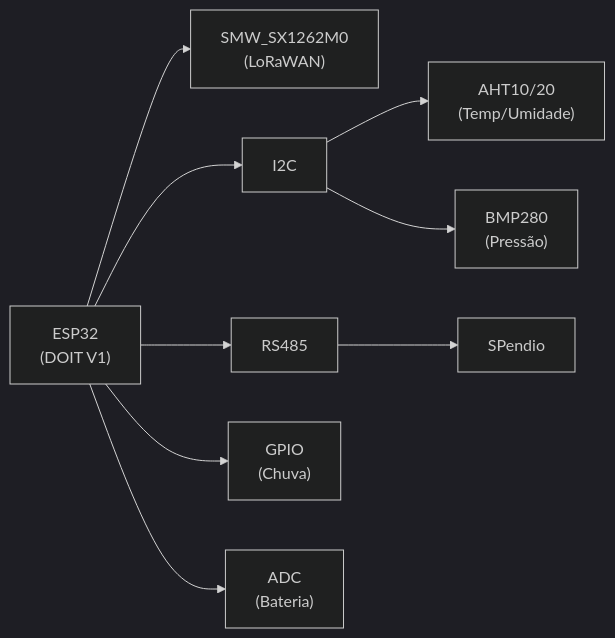
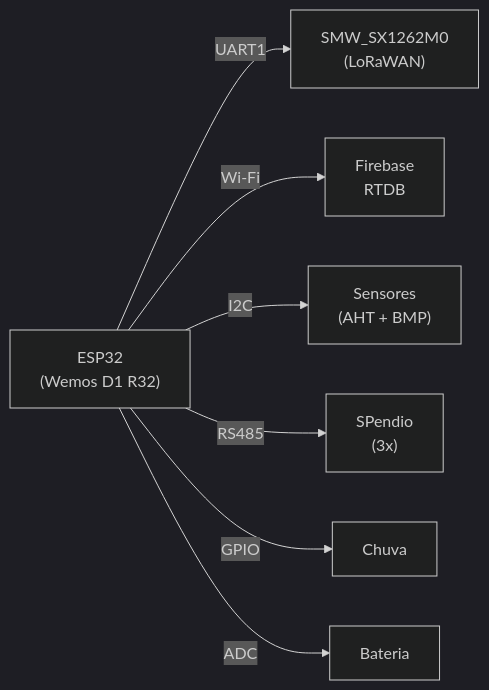
Before and after one commit to GeoVista-Hardware/PendioServidor: the diagram in README.md, drawn with Mermaid (dark theme). The commit also changed other lines of this file and 6 other files, not shown here.

````diff
--- a/README.md
+++ b/README.md
@@ -27,11 +36,9 @@
 ```mermaid
 graph LR
-    A["ESP32<br/>(DOIT V1)"] --> B["SMW_SX1262M0<br/>(LoRaWAN)"]
-    A --> C["I2C"]
-    C --> D["AHT10/20<br/>(Temp/Umidade)"]
-    C --> E["BMP280<br/>(Pressão)"]
-    A --> F["RS485"]
-    F --> G["SPendio"]
-    A --> H["GPIO<br/>(Chuva)"]
-    A --> I["ADC<br/>(Bateria)"]
+    A["ESP32<br/>(Wemos D1 R32)"] -->|UART1| B["SMW_SX1262M0<br/>(LoRaWAN)"]
+    A -->|Wi-Fi| C["Firebase<br/>RTDB"]
+    A -->|I2C| D["Sensores<br/>(AHT + BMP)"]
+    A -->|RS485| E["SPendio<br/>(3x)"]
+    A -->|GPIO| F["Chuva"]
+    A -->|ADC| G["Bateria"]
 ```
````
